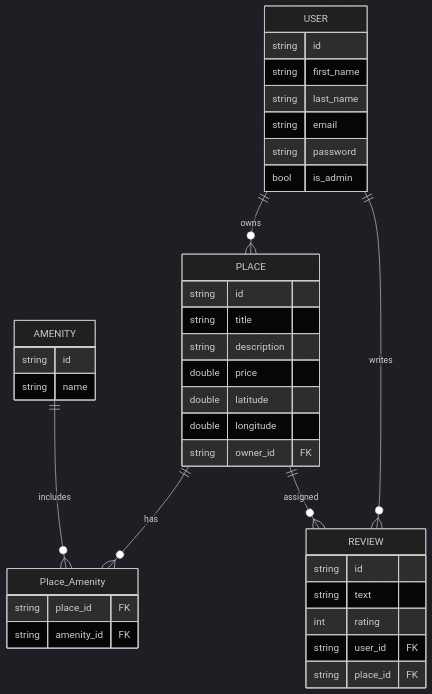
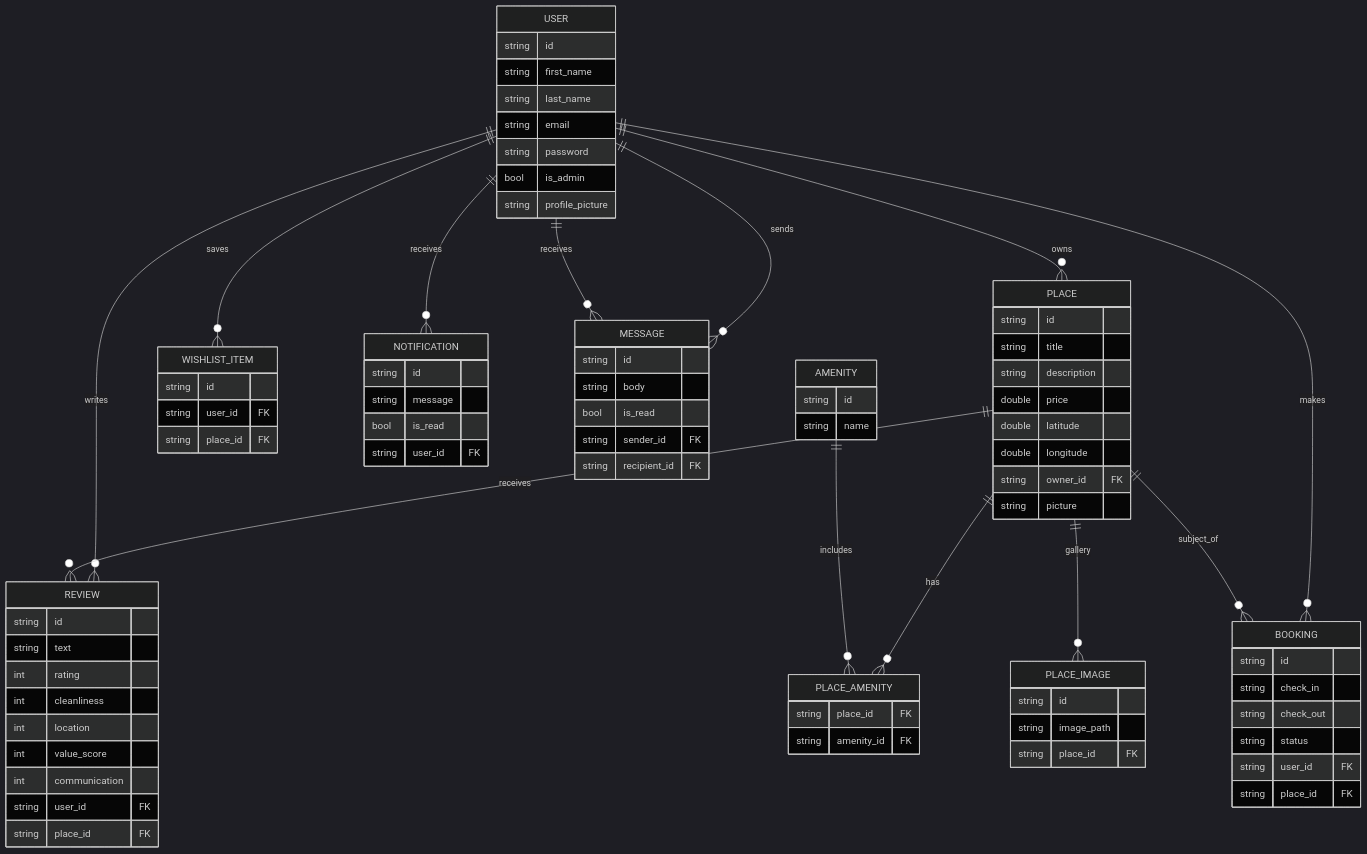
The diagram in part4/hbnb/README.md (Handroc/holbertonschool-hbnb), drawn with Mermaid before and after one commit. The commit also changed other lines of this file, not shown here.

````diff
--- a/part4/hbnb/README.md
+++ b/part4/hbnb/README.md
@@ -117,39 +140,83 @@
 erDiagram
     USER ||--o{ PLACE : owns
     USER ||--o{ REVIEW : writes
-    PLACE ||--o{ Place_Amenity : has
-    AMENITY ||--o{ Place_Amenity: includes
-    PLACE ||--o{ REVIEW : assigned
-USER {
+    USER ||--o{ BOOKING : makes
+    USER ||--o{ WISHLIST_ITEM : saves
+    USER ||--o{ NOTIFICATION : receives
+    USER ||--o{ MESSAGE : sends
+    USER ||--o{ MESSAGE : receives
+    PLACE ||--o{ PLACE_AMENITY : has
+    AMENITY ||--o{ PLACE_AMENITY : includes
+    PLACE ||--o{ REVIEW : receives
+    PLACE ||--o{ BOOKING : subject_of
+    PLACE ||--o{ PLACE_IMAGE : gallery
+    USER {
         string id
         string first_name
         string last_name
         string email
         string password
         bool is_admin
+        string profile_picture
     }
-PLACE {
+    PLACE {
         string id
         string title
         string description
         double price
         double latitude
         double longitude
-        string owner_id FK 
+        string owner_id FK
+        string picture
     }
-REVIEW {
+    REVIEW {
         string id
         string text
         int rating
+        int cleanliness
+        int location
+        int value_score
+        int communication
         string user_id FK
         string place_id FK
     }
-AMENITY {
+    AMENITY {
         string id
         string name
     }
-Place_Amenity {
+    PLACE_AMENITY {
         string place_id FK
         string amenity_id FK
     }
+    BOOKING {
+        string id
+        string check_in
+        string check_out
+        string status
+        string user_id FK
+        string place_id FK
+    }
+    WISHLIST_ITEM {
+        string id
+        string user_id FK
+        string place_id FK
+    }
+    NOTIFICATION {
+        string id
+        string message
+        bool is_read
+        string user_id FK
+    }
+    MESSAGE {
+        string id
+        string body
+        bool is_read
+        string sender_id FK
+        string recipient_id FK
+    }
+    PLACE_IMAGE {
+        string id
+        string image_path
+        string place_id FK
+    }
 ```
````
